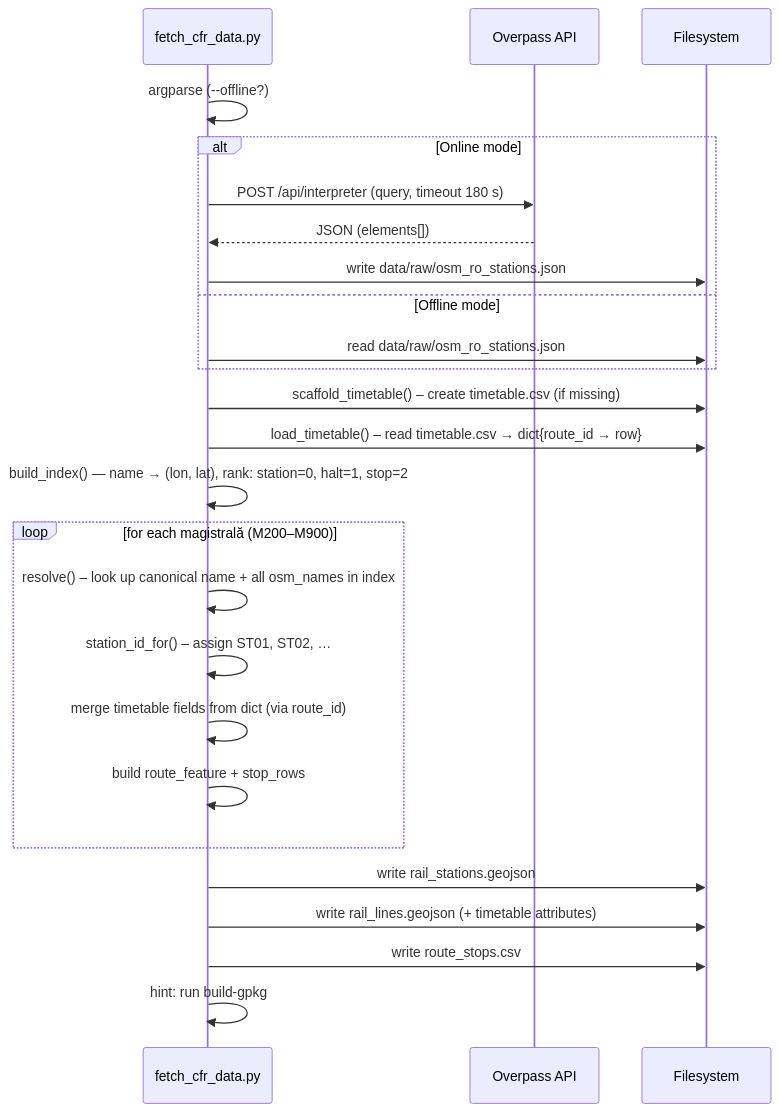
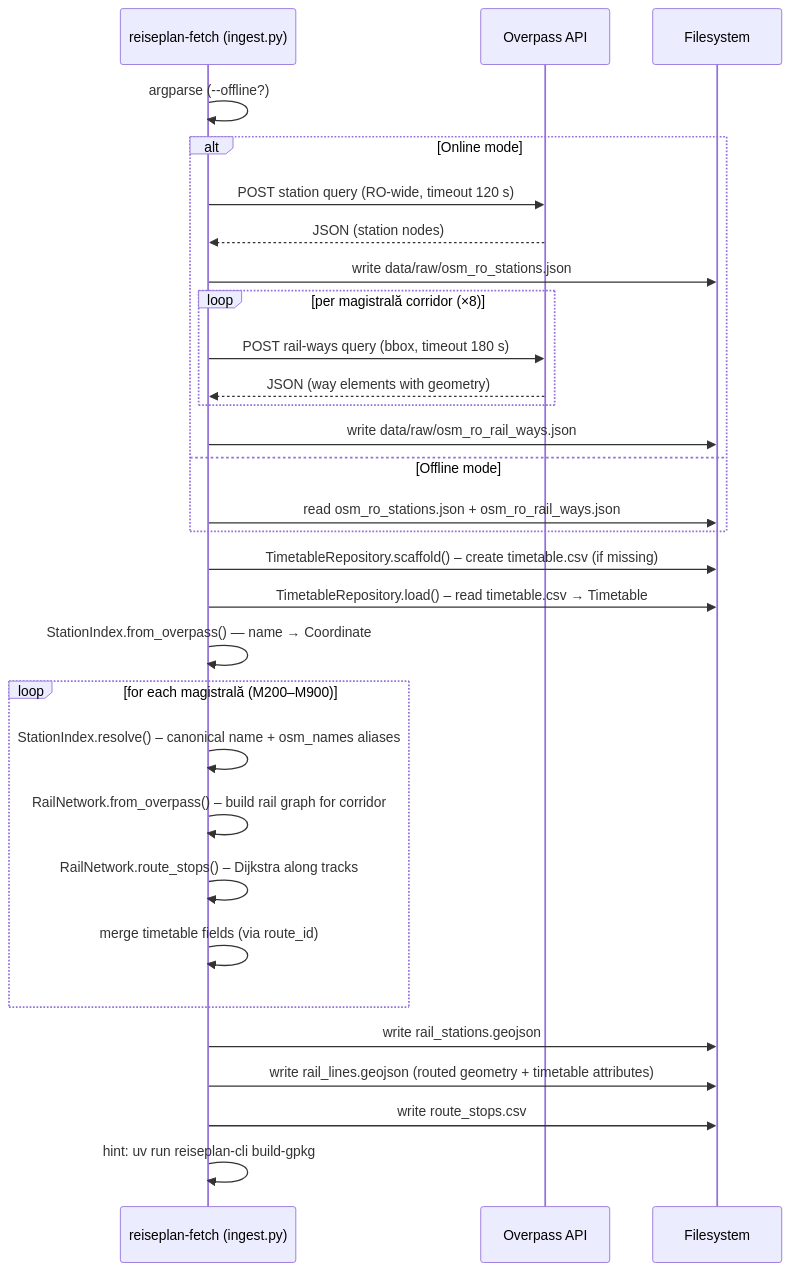
One commit to yuszuv/ulmer-schachtel changed the third of 5 diagrams in docs/06_cfr_data_fetch.md. Above: the diagram before and after it, drawn with Mermaid. The commit also changed other lines of this file and 5 other files, not shown here.

````diff
--- a/docs/06_cfr_data_fetch.md
+++ b/docs/06_cfr_data_fetch.md
@@ -160,32 +170,37 @@
 ```mermaid
 sequenceDiagram
-    participant CLI as fetch_cfr_data.py
+    participant CLI as reiseplan-fetch (ingest.py)
     participant OA  as Overpass API
     participant FS  as Filesystem
 
     CLI->>CLI: argparse (--offline?)
 
     alt Online mode
-        CLI->>OA: POST /api/interpreter (query, timeout 180 s)
-        OA-->>CLI: JSON (elements[])
+        CLI->>OA: POST station query (RO-wide, timeout 120 s)
+        OA-->>CLI: JSON (station nodes)
         CLI->>FS: write data/raw/osm_ro_stations.json
+        loop per magistrală corridor (×8)
+            CLI->>OA: POST rail-ways query (bbox, timeout 180 s)
+            OA-->>CLI: JSON (way elements with geometry)
+        end
+        CLI->>FS: write data/raw/osm_ro_rail_ways.json
     else Offline mode
-        CLI->>FS: read data/raw/osm_ro_stations.json
+        CLI->>FS: read osm_ro_stations.json + osm_ro_rail_ways.json
     end
 
-    CLI->>FS: scaffold_timetable() – create timetable.csv (if missing)
-    CLI->>FS: load_timetable() – read timetable.csv → dict{route_id → row}
-    CLI->>CLI: build_index() — name → (lon, lat), rank: station=0, halt=1, stop=2
+    CLI->>FS: TimetableRepository.scaffold() – create timetable.csv (if missing)
+    CLI->>FS: TimetableRepository.load() – read timetable.csv → Timetable
+    CLI->>CLI: StationIndex.from_overpass() — name → Coordinate
 
     loop for each magistrală (M200–M900)
-        CLI->>CLI: resolve() – look up canonical name + all osm_names in index
-        CLI->>CLI: station_id_for() – assign ST01, ST02, …
-        CLI->>CLI: merge timetable fields from dict (via route_id)
-        CLI->>CLI: build route_feature + stop_rows
+        CLI->>CLI: StationIndex.resolve() – canonical name + osm_names aliases
+        CLI->>CLI: RailNetwork.from_overpass() – build rail graph for corridor
+        CLI->>CLI: RailNetwork.route_stops() – Dijkstra along tracks
+        CLI->>CLI: merge timetable fields (via route_id)
     end
 
     CLI->>FS: write rail_stations.geojson
-    CLI->>FS: write rail_lines.geojson  (+ timetable attributes)
+    CLI->>FS: write rail_lines.geojson  (routed geometry + timetable attributes)
     CLI->>FS: write route_stops.csv
-    CLI->>CLI: hint: run build-gpkg
+    CLI->>CLI: hint: uv run reiseplan-cli build-gpkg
 ```
````
